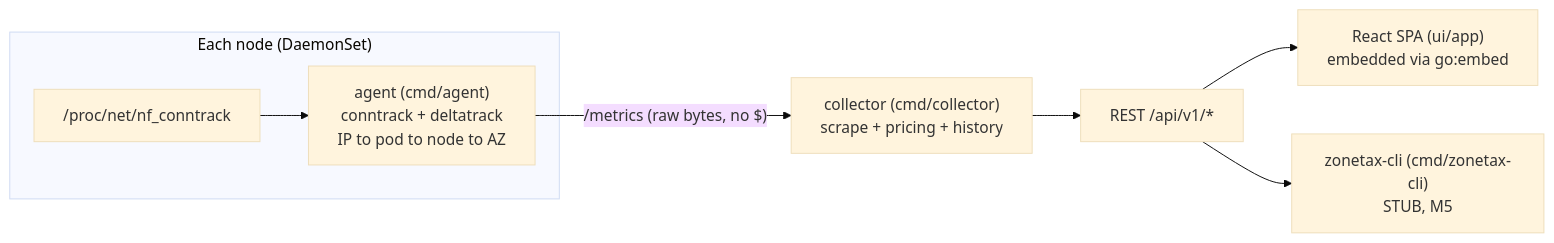
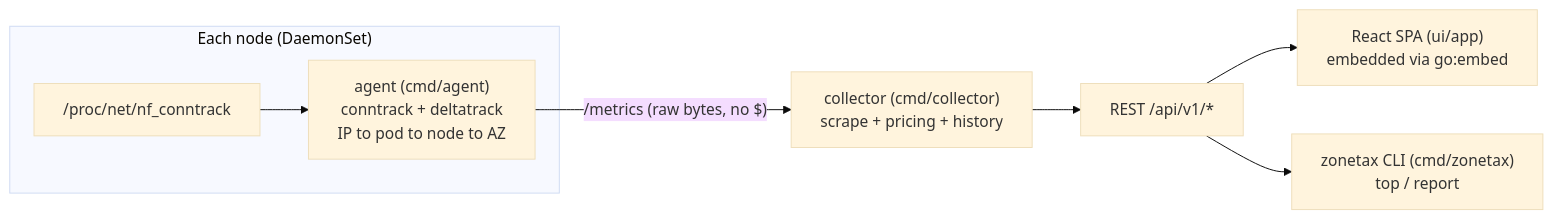
Before and after one commit to gargkrishna730/zonetax: the diagram in AGENTS.md, drawn with Mermaid (base theme). The commit also changed other lines of this file and 4 other files, not shown here.

````diff
--- a/AGENTS.md
+++ b/AGENTS.md
@@ -17,10 +17,10 @@
 ```mermaid
 flowchart LR
   subgraph Node["Each node (DaemonSet)"]
     CT["/proc/net/nf_conntrack"] --> AG["agent (cmd/agent)<br/>conntrack + deltatrack<br/>IP to pod to node to AZ"]
   end
   AG -- "/metrics (raw bytes, no $)" --> CO["collector (cmd/collector)<br/>scrape + pricing + history"]
   CO --> API["REST /api/v1/*"]
   API --> UI["React SPA (ui/app)<br/>embedded via go:embed"]
-  API --> CLI["zonetax-cli (cmd/zonetax-cli)<br/>STUB, M5"]
+  API --> CLI["zonetax CLI (cmd/zonetax)<br/>top / report"]
 ```
````
